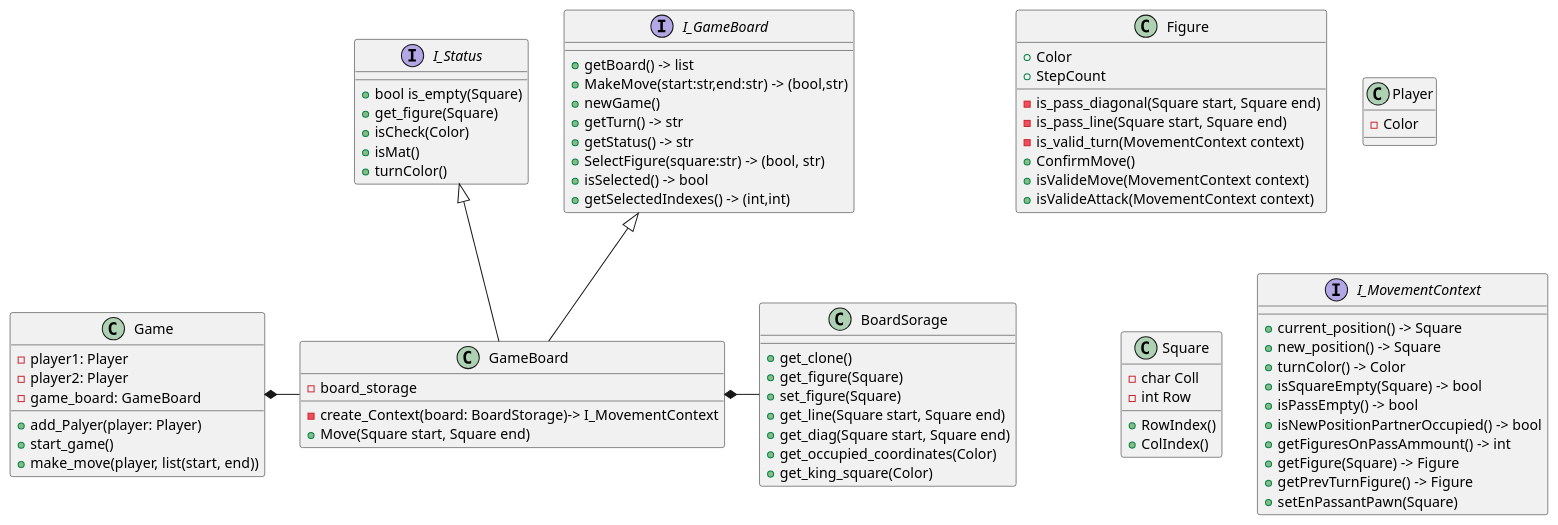
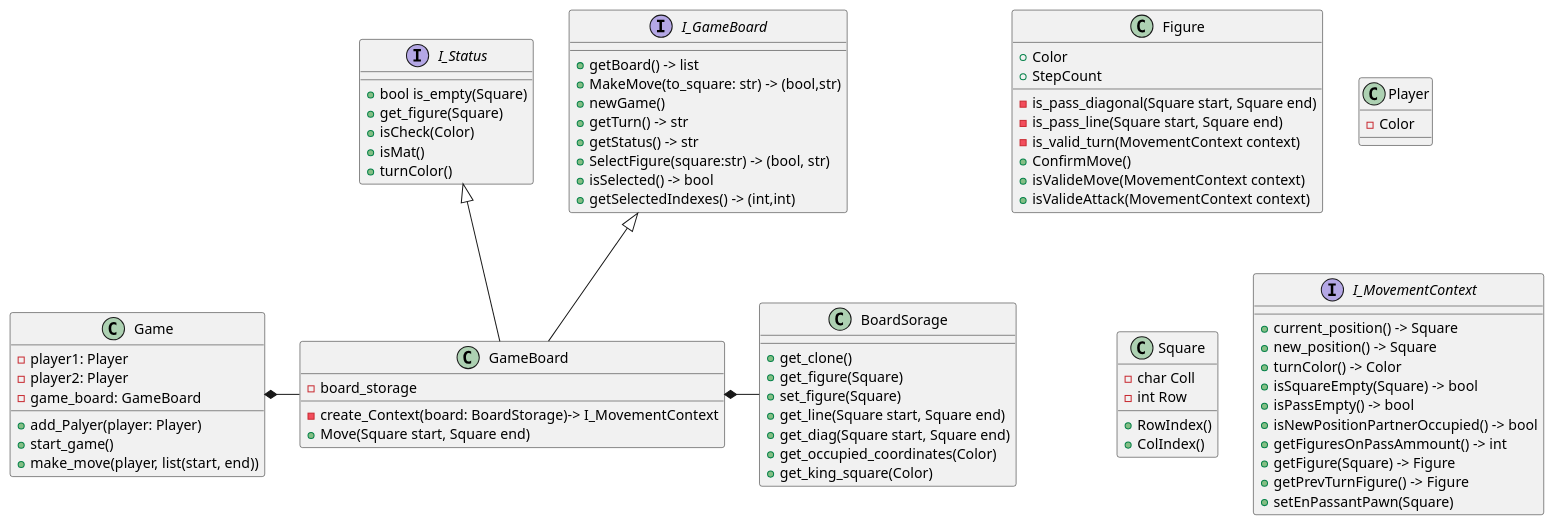
One commit to alanmakarov/chess changed the diagram in chess.wsd. Above: the diagram before and after it, drawn with PlantUML. The commit also changed 1 other file, not shown here.

Commit message:
fix MakeMove signature

```diff
--- a/chess.wsd
+++ b/chess.wsd
@@ -1,90 +1,90 @@
 @startuml
 
 class Figure {
     + Color
     + StepCount
     - is_pass_diagonal(Square start, Square end)
     - is_pass_line(Square start, Square end)
     - is_valid_turn(MovementContext context)
     + ConfirmMove()
     + isValideMove(MovementContext context)
     + isValideAttack(MovementContext context)
 }
 
 Interface I_Status{
     + bool is_empty(Square)
     + get_figure(Square)
     + isCheck(Color)
     + isMat()
     + turnColor()
 }
 Interface I_GameBoard{
     + getBoard() -> list
-    + MakeMove(start:str,end:str) -> (bool,str)
+    + MakeMove(to_square: str) -> (bool,str)
     + newGame()
     + getTurn() -> str
     + getStatus() -> str
     + SelectFigure(square:str) -> (bool, str)
     + isSelected() -> bool
     + getSelectedIndexes() -> (int,int)
 }
 
 class GameBoard extends I_GameBoard, I_Status {
     - board_storage
     - create_Context(board: BoardStorage)-> I_MovementContext
     + Move(Square start, Square end)
 
 }
 
 class BoardSorage {
     + get_clone()
     + get_figure(Square)
     + set_figure(Square)
     + get_line(Square start, Square end)
     + get_diag(Square start, Square end)
     + get_occupied_coordinates(Color)
     + get_king_square(Color)
 }
 
 GameBoard *- BoardSorage
 Game *- GameBoard
 
 class Game{
     - player1: Player
     - player2: Player
     - game_board: GameBoard
     + add_Palyer(player: Player)
     + start_game()
     + make_move(player, list(start, end))
 }
 
 class Player{
     - Color
 }
 
 class Square{
     - char Coll
     - int Row
     +RowIndex()
     +ColIndex()
 }
 
 
 
 Interface I_MovementContext{
  
     + current_position() -> Square
     + new_position() -> Square
     + turnColor() -> Color
     + isSquareEmpty(Square) -> bool
     + isPassEmpty() -> bool
     + isNewPositionPartnerOccupied() -> bool
     + getFiguresOnPassAmmount() -> int
     + getFigure(Square) -> Figure
     + getPrevTurnFigure() -> Figure
     + setEnPassantPawn(Square)
     
     
 }
 
 @enduml
```
